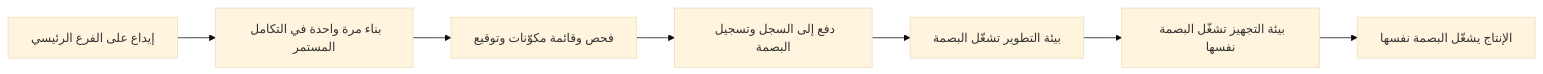
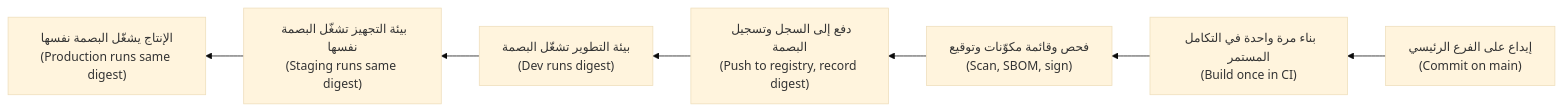
Before and after one commit to Tamoura/system-design-for-vibe-coders: the first of 3 diagrams in cloud/modules/02-containers.ar.md, drawn with Mermaid (base theme). The commit also changed other lines of this file and 20 other files, not shown here.

First line of the commit message:
New courses: Arabic diagrams read right-to-left with English labels (modules 0–6)

````diff
--- a/cloud/modules/02-containers.ar.md
+++ b/cloud/modules/02-containers.ar.md
@@ -148,9 +148,9 @@
 ```mermaid
-flowchart LR
-    C["إيداع على الفرع الرئيسي"] --> B["بناء مرة واحدة في التكامل المستمر"]
-    B --> S["فحص وقائمة مكوّنات وتوقيع"]
-    S --> R["دفع إلى السجل وتسجيل البصمة"]
-    R --> D["بيئة التطوير تشغّل البصمة"]
-    D --> T["بيئة التجهيز تشغّل البصمة نفسها"]
-    T --> P["الإنتاج يشغّل البصمة نفسها"]
+flowchart RL
+    C["إيداع على الفرع الرئيسي<br/>(Commit on main)"] --> B["بناء مرة واحدة في التكامل المستمر<br/>(Build once in CI)"]
+    B --> S["فحص وقائمة مكوّنات وتوقيع<br/>(Scan, SBOM, sign)"]
+    S --> R["دفع إلى السجل وتسجيل البصمة<br/>(Push to registry, record digest)"]
+    R --> D["بيئة التطوير تشغّل البصمة<br/>(Dev runs digest)"]
+    D --> T["بيئة التجهيز تشغّل البصمة نفسها<br/>(Staging runs same digest)"]
+    T --> P["الإنتاج يشغّل البصمة نفسها<br/>(Production runs same digest)"]
 ```
````
